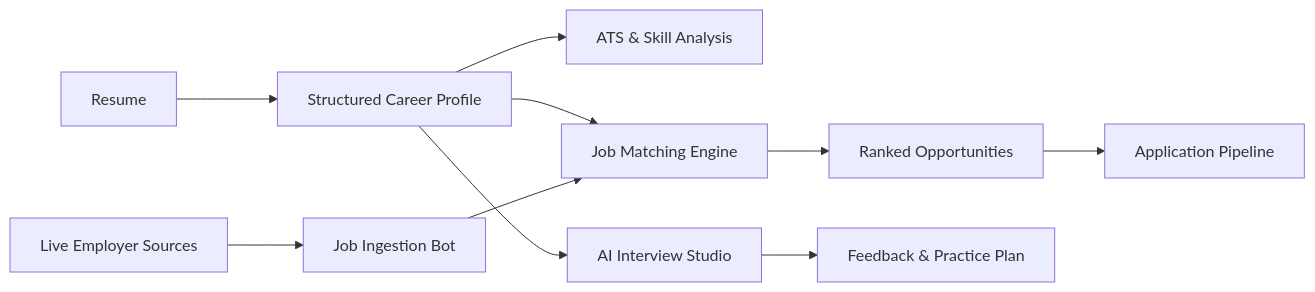
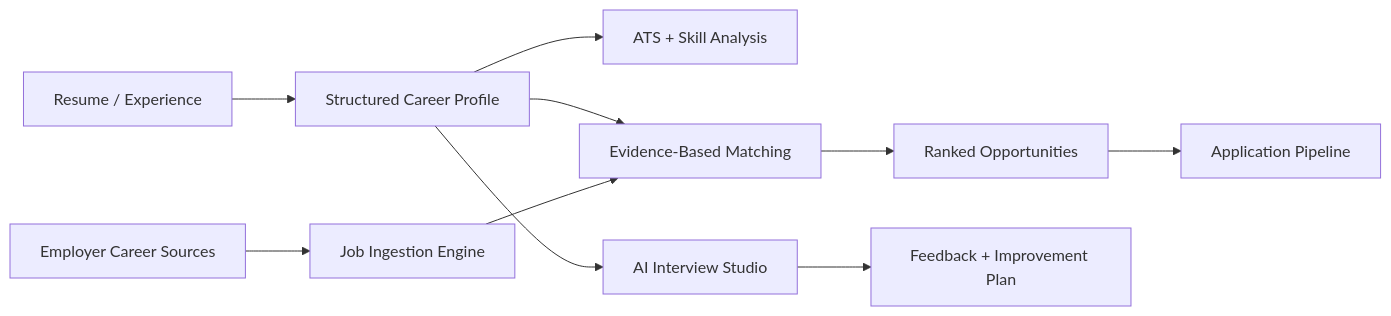
One commit to fcopensource/carrerfitnew changed the diagram in README.md. Above: the diagram before and after it, drawn with Mermaid. The commit also changed other lines of this file, not shown here.

````diff
--- a/README.md
+++ b/README.md
@@ -26,12 +37,12 @@
 ```mermaid
 flowchart LR
-    A[Resume] --> B[Structured Career Profile]
-    B --> C[ATS & Skill Analysis]
-    B --> D[Job Matching Engine]
-    E[Live Employer Sources] --> F[Job Ingestion Bot]
+    A[Resume / Experience] --> B[Structured Career Profile]
+    B --> C[ATS + Skill Analysis]
+    B --> D[Evidence-Based Matching]
+    E[Employer Career Sources] --> F[Job Ingestion Engine]
     F --> D
     D --> G[Ranked Opportunities]
     G --> H[Application Pipeline]
     B --> I[AI Interview Studio]
-    I --> J[Feedback & Practice Plan]
+    I --> J[Feedback + Improvement Plan]
 ```
````
